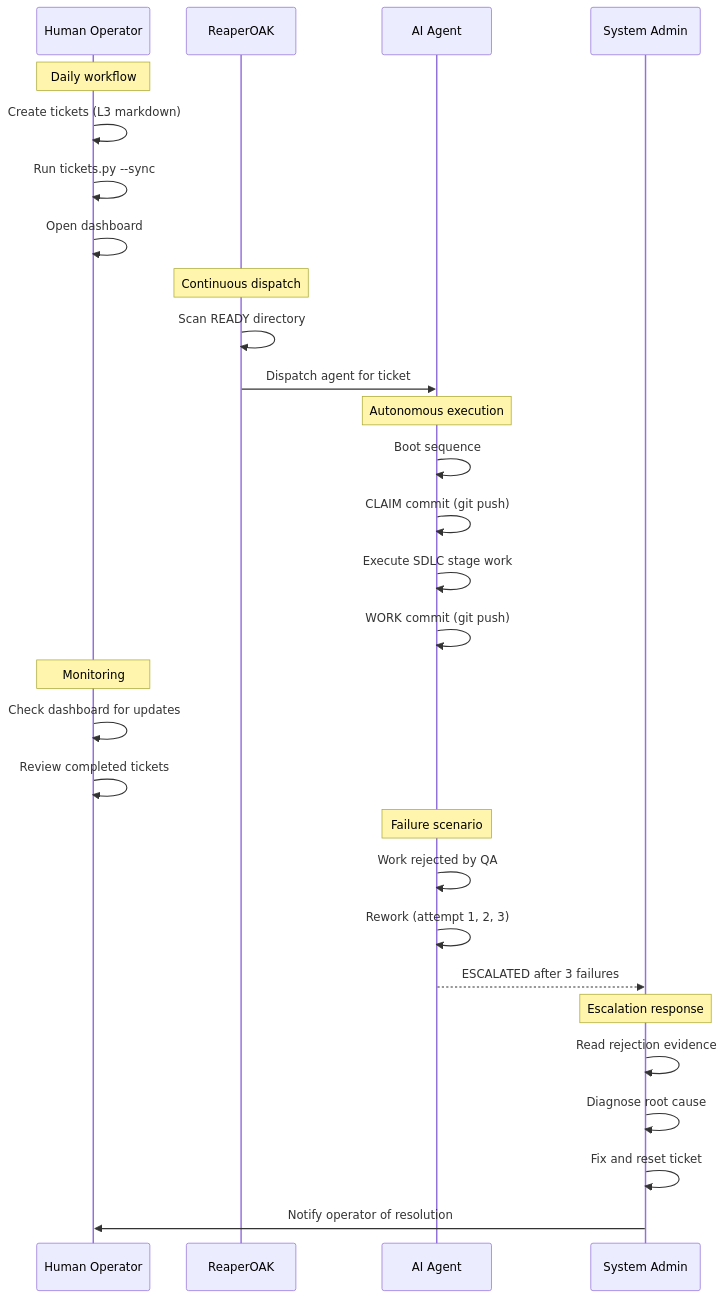
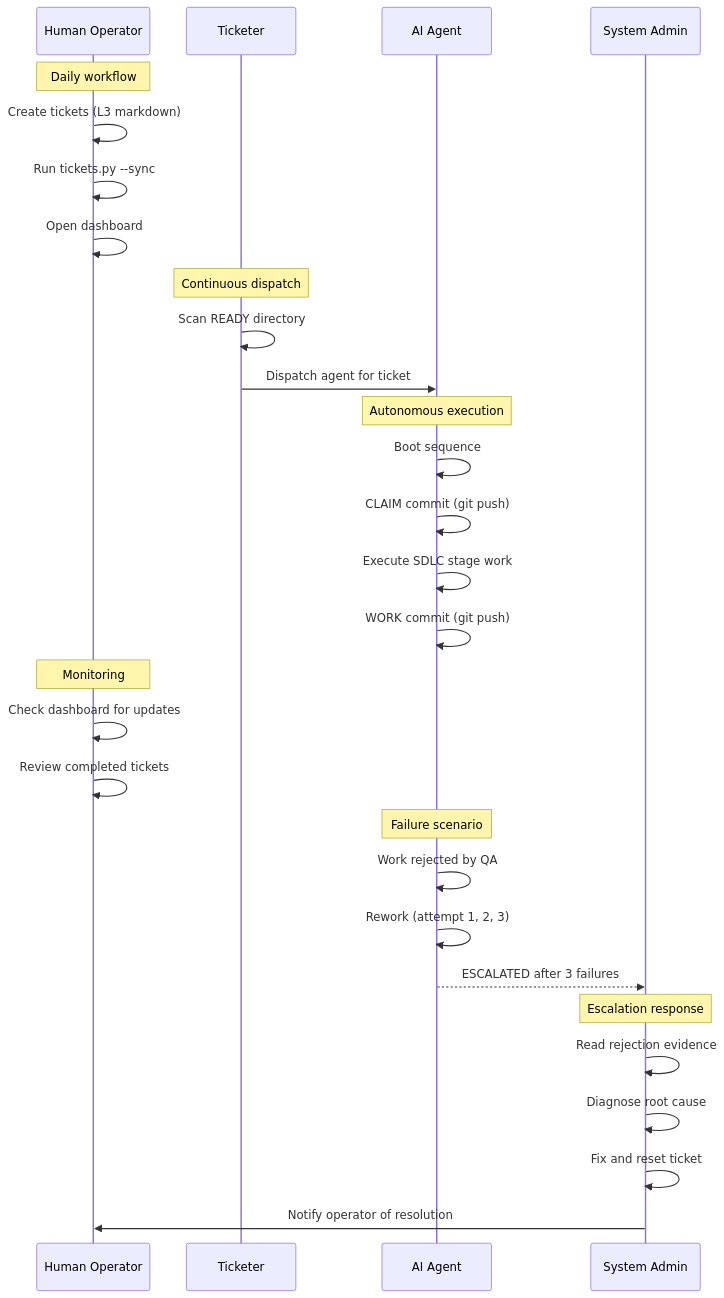
The fifth of 5 diagrams in docs/product/user-personas.md (ReaperOAK/ForgeOS), drawn with Mermaid before and after one commit. The commit also changed other lines of this file and 418 other files, not shown here.

Commit message:
ReaperOAK -> Ticketer

````diff
--- a/docs/product/user-personas.md
+++ b/docs/product/user-personas.md
@@ -402,37 +402,37 @@
 ```mermaid
 sequenceDiagram
     participant Op as Human Operator
-    participant Oak as ReaperOAK
+    participant Oak as Ticketer
     participant Agent as AI Agent
     participant Admin as System Admin
 
     Note over Op: Daily workflow
     Op->>Op: Create tickets (L3 markdown)
     Op->>Op: Run tickets.py --sync
     Op->>Op: Open dashboard
 
     Note over Oak: Continuous dispatch
     Oak->>Oak: Scan READY directory
     Oak->>Agent: Dispatch agent for ticket
 
     Note over Agent: Autonomous execution
     Agent->>Agent: Boot sequence
     Agent->>Agent: CLAIM commit (git push)
     Agent->>Agent: Execute SDLC stage work
     Agent->>Agent: WORK commit (git push)
 
     Note over Op: Monitoring
     Op->>Op: Check dashboard for updates
     Op->>Op: Review completed tickets
 
     Note over Agent: Failure scenario
     Agent->>Agent: Work rejected by QA
     Agent->>Agent: Rework (attempt 1, 2, 3)
     Agent-->>Admin: ESCALATED after 3 failures
 
     Note over Admin: Escalation response
     Admin->>Admin: Read rejection evidence
     Admin->>Admin: Diagnose root cause
     Admin->>Admin: Fix and reset ticket
     Admin->>Op: Notify operator of resolution
 ```
````
